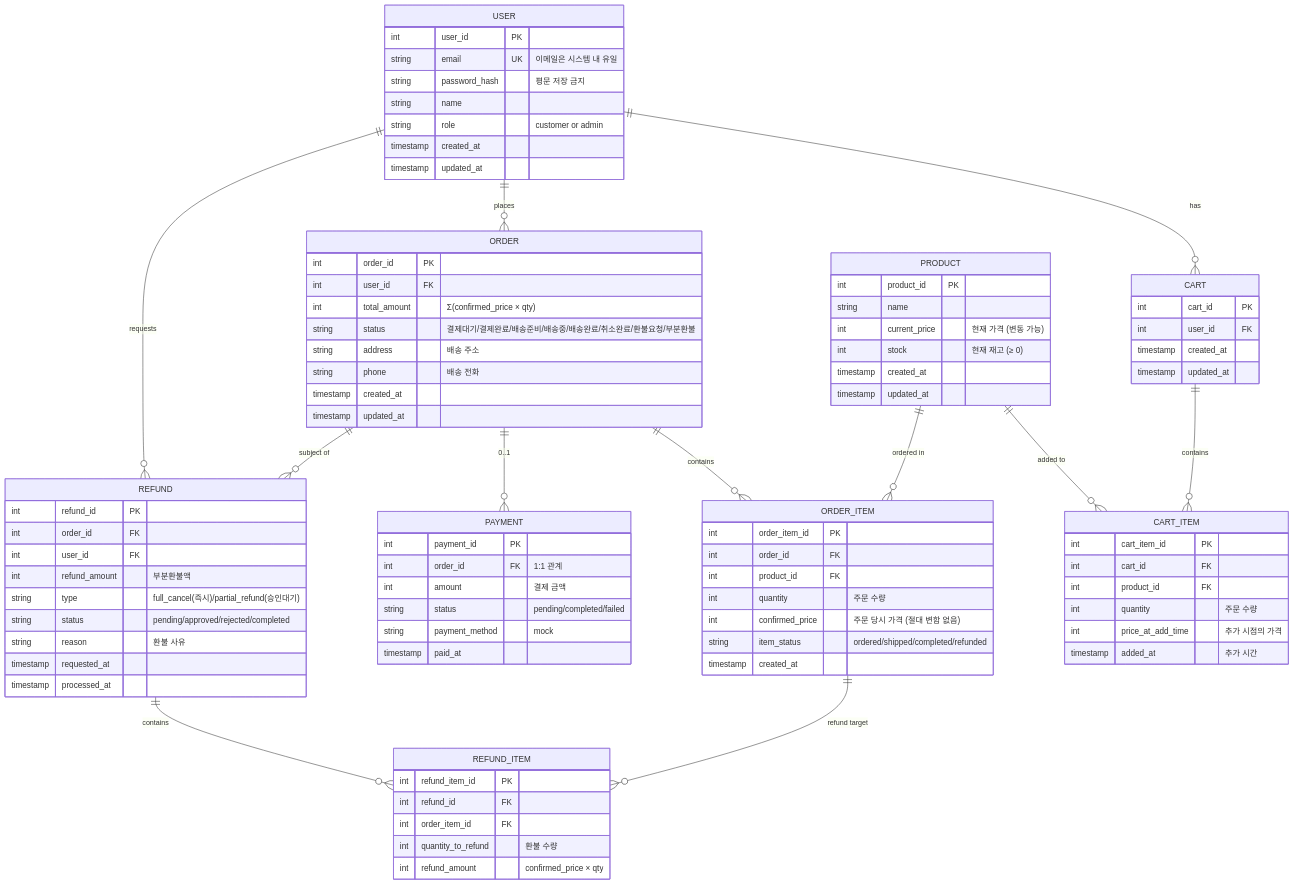
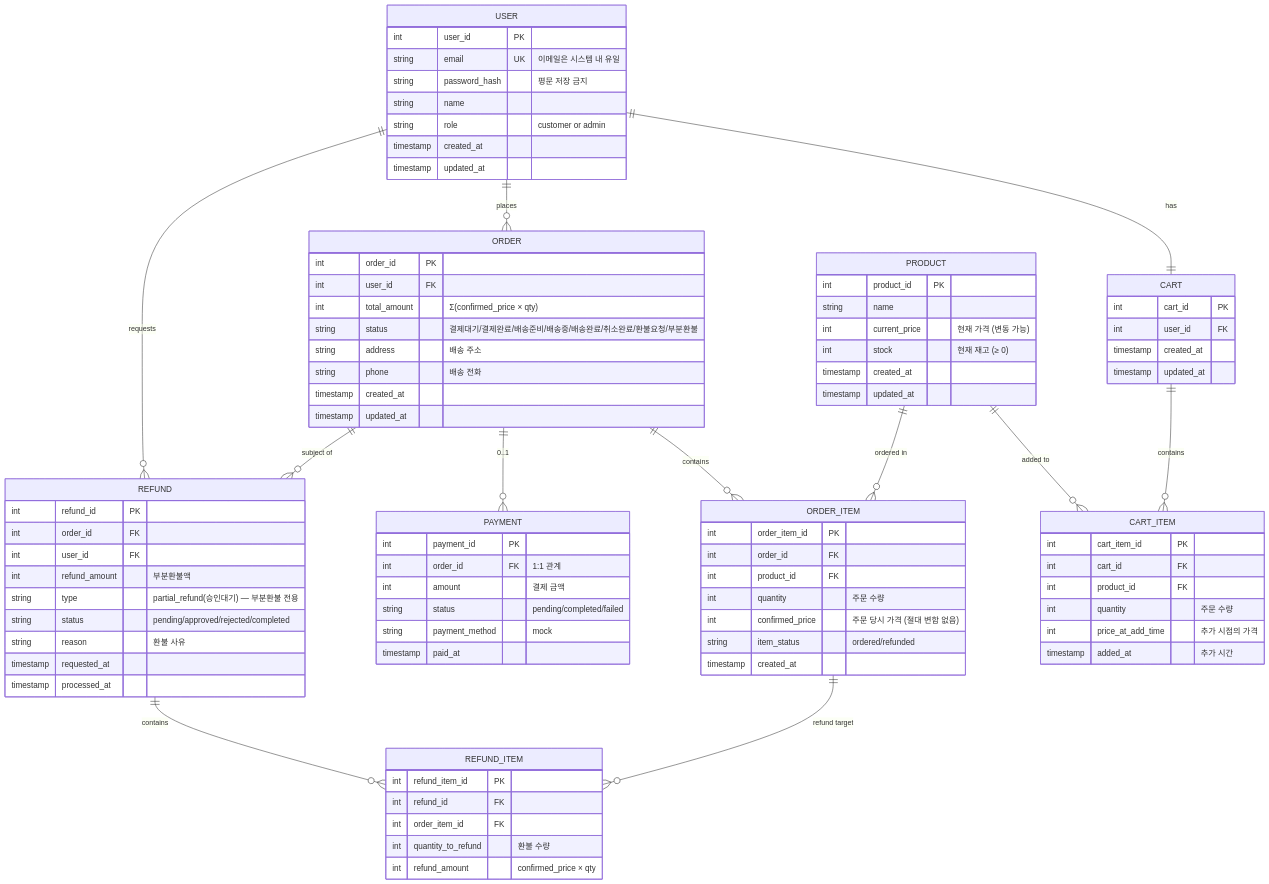
Before and after one commit to 2026-SW-Engineering/vibe-coding-with-process: the diagram in design/erd.mmd, drawn with Mermaid. The commit also changed 2 other files, not shown here.

```diff
--- a/design/erd.mmd
+++ b/design/erd.mmd
@@ -1,97 +1,97 @@
 erDiagram
-    USER ||--o{ CART : has
+    USER ||--|| CART : has
     USER ||--o{ ORDER : places
     USER ||--o{ REFUND : requests
     PRODUCT ||--o{ CART_ITEM : "added to"
     PRODUCT ||--o{ ORDER_ITEM : "ordered in"
     CART ||--o{ CART_ITEM : contains
     ORDER ||--o{ ORDER_ITEM : contains
     ORDER ||--o{ PAYMENT : "0..1"
     ORDER ||--o{ REFUND : "subject of"
     ORDER_ITEM ||--o{ REFUND_ITEM : "refund target"
     REFUND ||--o{ REFUND_ITEM : contains
 
     USER {
         int user_id PK
         string email UK "이메일은 시스템 내 유일"
         string password_hash "평문 저장 금지"
         string name
         string role "customer or admin"
         timestamp created_at
         timestamp updated_at
     }
 
     PRODUCT {
         int product_id PK
         string name
         int current_price "현재 가격 (변동 가능)"
         int stock "현재 재고 (≥ 0)"
         timestamp created_at
         timestamp updated_at
     }
 
     CART {
         int cart_id PK
         int user_id FK
         timestamp created_at
         timestamp updated_at
     }
 
     CART_ITEM {
         int cart_item_id PK
         int cart_id FK
         int product_id FK
         int quantity "주문 수량"
         int price_at_add_time "추가 시점의 가격"
         timestamp added_at "추가 시간"
     }
 
     ORDER {
         int order_id PK
         int user_id FK
         int total_amount "Σ(confirmed_price × qty)"
         string status "결제대기/결제완료/배송준비/배송중/배송완료/취소완료/환불요청/부분환불"
         string address "배송 주소"
         string phone "배송 전화"
         timestamp created_at
         timestamp updated_at
     }
 
     ORDER_ITEM {
         int order_item_id PK
         int order_id FK
         int product_id FK
         int quantity "주문 수량"
         int confirmed_price "주문 당시 가격 (절대 변함 없음)"
-        string item_status "ordered/shipped/completed/refunded"
+        string item_status "ordered/refunded"
         timestamp created_at
     }
 
     PAYMENT {
         int payment_id PK
         int order_id FK "1:1 관계"
         int amount "결제 금액"
         string status "pending/completed/failed"
         string payment_method "mock"
         timestamp paid_at
     }
 
     REFUND {
         int refund_id PK
         int order_id FK
         int user_id FK
         int refund_amount "부분환불액"
-        string type "full_cancel(즉시)/partial_refund(승인대기)"
+        string type "partial_refund(승인대기) — 부분환불 전용"
         string status "pending/approved/rejected/completed"
         string reason "환불 사유"
         timestamp requested_at
         timestamp processed_at
     }
 
     REFUND_ITEM {
         int refund_item_id PK
         int refund_id FK
         int order_item_id FK
         int quantity_to_refund "환불 수량"
         int refund_amount "confirmed_price × qty"
     }
```
